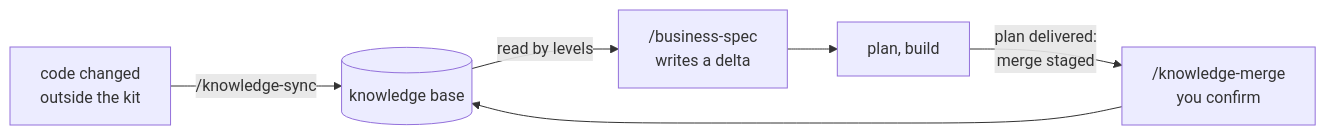
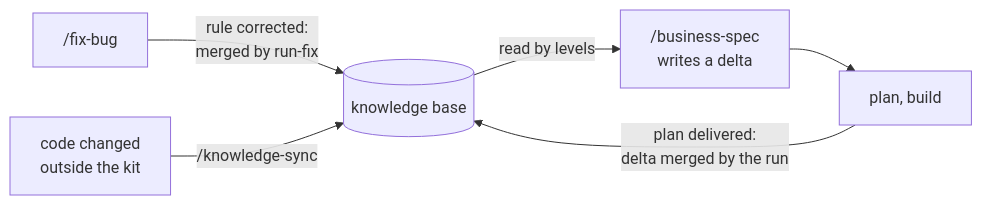
The third of 3 diagrams in README.md (pierrebelin/claude-code-toolkit), drawn with Mermaid before and after one commit. The commit also changed other lines of this file and 20 other files, not shown here.

Commit message:
release 2.14.0: /fix-bug and the run-fix workflow (cause, one decision, RED, GREEN, diff audit, knowledge base updated from the fix spec); /verify-ddd-tdd diff audits any change on its diff alone, run-lot's light closing runs it; run-plan writes the knowledge-base merge itself

````diff
--- a/README.md
+++ b/README.md
@@ -75,8 +77,8 @@
 ```mermaid
 flowchart LR
     K[("knowledge base")] -->|read by levels| S["/business-spec<br/>writes a delta"]
     S --> P["plan, build"]
-    P -->|"plan delivered:<br/>merge staged"| M["/knowledge-merge<br/>you confirm"]
-    M --> K
+    P -->|"plan delivered:<br/>delta merged by the run"| K
+    F["/fix-bug"] -->|"rule corrected:<br/>merged by run-fix"| K
     H["code changed<br/>outside the kit"] -->|"/knowledge-sync"| K
 ```
````
